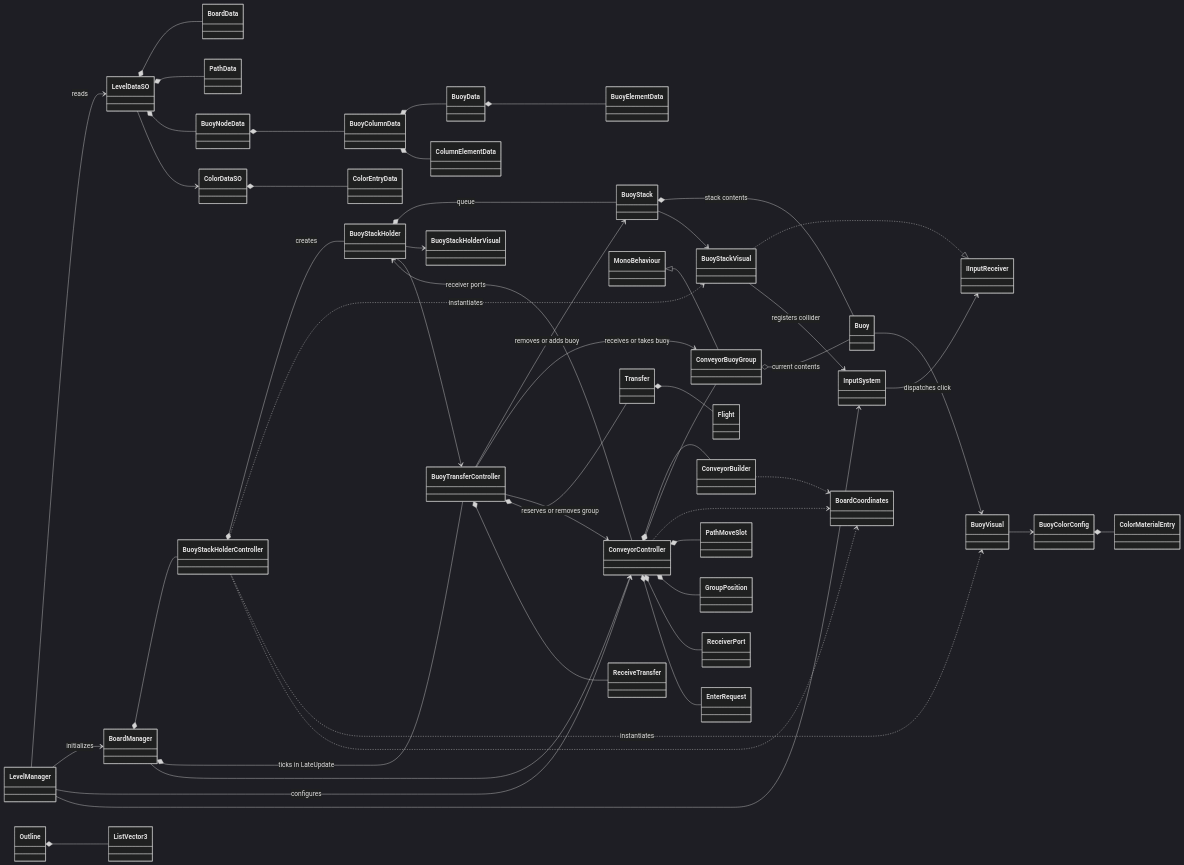
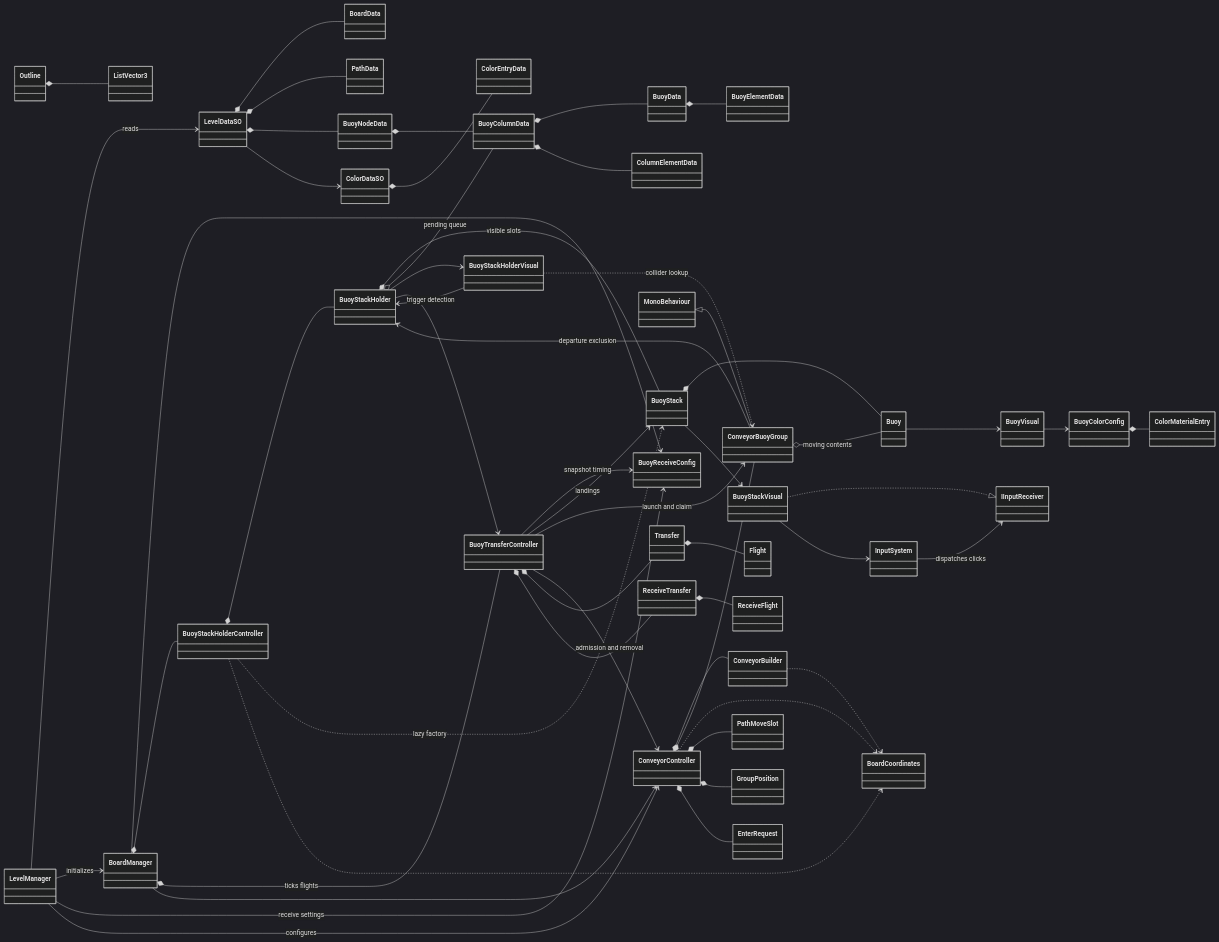
The diagram in Docs/ClassDiagram-Overview.mmd (nchuoi2443/WaterConveyorSort), drawn with Mermaid (dark theme) before and after one commit. The commit also changed 25 other files, not shown here.

Commit message:
fix logic change stack in mutiple stack holder

```diff
--- a/Docs/ClassDiagram-Overview.mmd
+++ b/Docs/ClassDiagram-Overview.mmd
@@ -1,51 +1,55 @@
 classDiagram
 direction LR
 LevelManager --> LevelDataSO : reads
 LevelManager --> BoardManager : initializes
+LevelManager --> BuoyReceiveConfig : receive settings
+BoardManager --> BuoyReceiveConfig
+BuoyTransferController --> BuoyReceiveConfig : snapshot timing
 LevelManager --> ConveyorController : configures
-LevelManager --> InputSystem
 BoardManager *-- BuoyStackHolderController
-BoardManager *-- BuoyTransferController : ticks in LateUpdate
+BoardManager *-- BuoyTransferController : ticks flights
 BoardManager --> ConveyorController
-BuoyStackHolderController *-- BuoyStackHolder : creates
-BuoyStackHolderController ..> BuoyStackVisual : instantiates
-BuoyStackHolderController ..> BuoyVisual : instantiates
-BuoyStackHolder *-- BuoyStack : queue
+BuoyStackHolderController *-- BuoyStackHolder
+BuoyStackHolderController ..> BuoyStack : lazy factory
+BuoyStackHolder *-- BuoyStack : visible slots
+BuoyStackHolder o-- BuoyColumnData : pending queue
 BuoyStackHolder --> BuoyStackHolderVisual
+BuoyStackHolderVisual --> BuoyStackHolder : trigger detection
+BuoyStackHolderVisual ..> ConveyorBuoyGroup : collider lookup
 BuoyStackHolder --> BuoyTransferController
-BuoyStack *-- Buoy : stack contents
+BuoyStack *-- Buoy
 BuoyStack --> BuoyStackVisual
 Buoy --> BuoyVisual
 BuoyVisual --> BuoyColorConfig
 BuoyStackVisual ..|> IInputReceiver
-BuoyStackVisual --> InputSystem : registers collider
-InputSystem --> IInputReceiver : dispatches click
+BuoyStackVisual --> InputSystem
+InputSystem --> IInputReceiver : dispatches clicks
 ConveyorController *-- ConveyorBuilder
 ConveyorController *-- ConveyorBuoyGroup
-ConveyorController --> BuoyStackHolder : receiver ports
-ConveyorBuoyGroup o-- Buoy : current contents
 MonoBehaviour <|-- ConveyorBuoyGroup
-BuoyTransferController --> BuoyStack : removes or adds buoy
-BuoyTransferController --> ConveyorBuoyGroup : receives or takes buoy
-BuoyTransferController --> ConveyorController : reserves or removes group
+ConveyorBuoyGroup o-- Buoy : moving contents
+ConveyorBuoyGroup --> BuoyStackHolder : departure exclusion
+BuoyTransferController --> BuoyStack : landings
+BuoyTransferController --> ConveyorBuoyGroup : launch and claim
+BuoyTransferController --> ConveyorController : admission and removal
 ConveyorBuilder ..> BoardCoordinates
+ConveyorController ..> BoardCoordinates
 BuoyStackHolderController ..> BoardCoordinates
-ConveyorController ..> BoardCoordinates
 LevelDataSO *-- BoardData
 LevelDataSO *-- PathData
 LevelDataSO *-- BuoyNodeData
 LevelDataSO --> ColorDataSO
 BuoyNodeData *-- BuoyColumnData
 BuoyColumnData *-- BuoyData
 BuoyColumnData *-- ColumnElementData
 BuoyData *-- BuoyElementData
 ColorDataSO *-- ColorEntryData
 BuoyColorConfig *-- ColorMaterialEntry
 BuoyTransferController *-- Transfer
 BuoyTransferController *-- ReceiveTransfer
 Transfer *-- Flight
+ReceiveTransfer *-- ReceiveFlight
 ConveyorController *-- PathMoveSlot
 ConveyorController *-- GroupPosition
-ConveyorController *-- ReceiverPort
 ConveyorController *-- EnterRequest
 Outline *-- ListVector3
```
